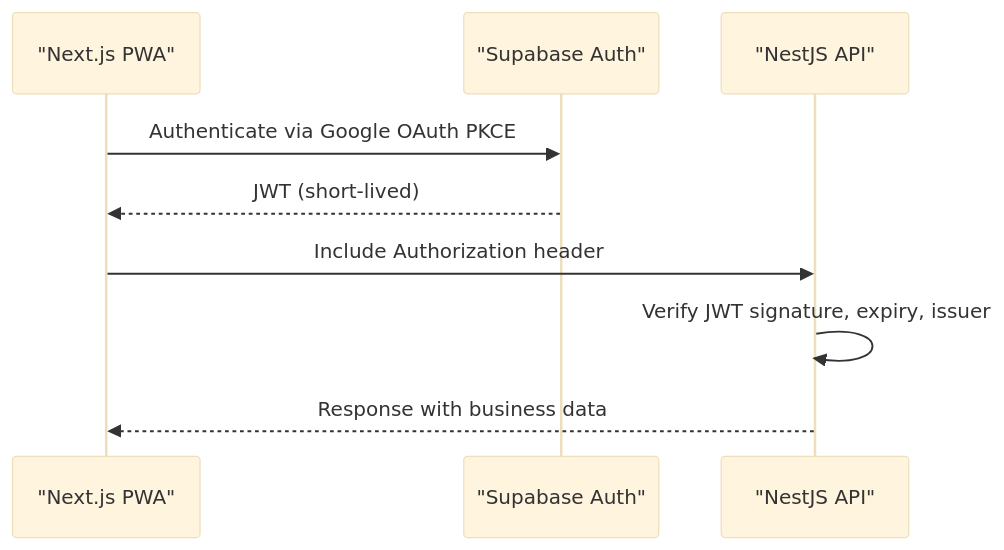
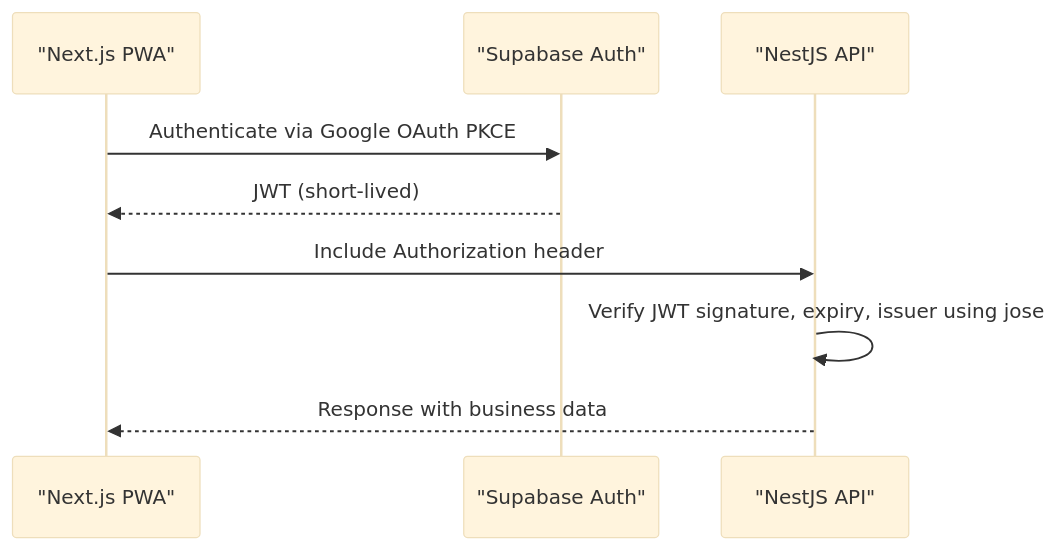
The sixth of 7 diagrams in .qoder/repowiki/en/content/Technical Architecture/Security & Authentication.md (epo33m/scheduling), drawn with Mermaid (base theme) before and after one commit. The commit also changed other lines of this file and 46 other files, not shown here.

````diff
--- a/.qoder/repowiki/en/content/Technical Architecture/Security & Authentication.md
+++ b/.qoder/repowiki/en/content/Technical Architecture/Security & Authentication.md
@@ -250,11 +290,11 @@
 ```mermaid
 sequenceDiagram
 participant Web as "Next.js PWA"
 participant Auth as "Supabase Auth"
 participant API as "NestJS API"
 Web->>Auth : Authenticate via Google OAuth PKCE
 Auth-->>Web : JWT (short-lived)
 Web->>API : Include Authorization header
-API->>API : Verify JWT signature, expiry, issuer
+API->>API : Verify JWT signature, expiry, issuer using jose
 API-->>Web : Response with business data
 ```
````
